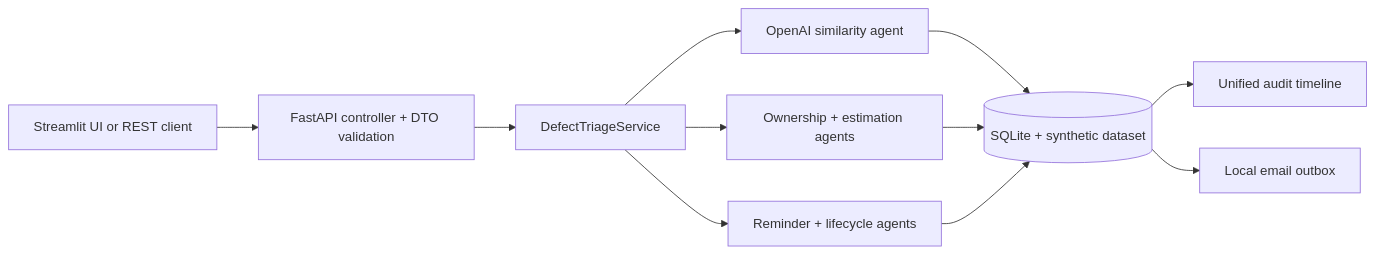
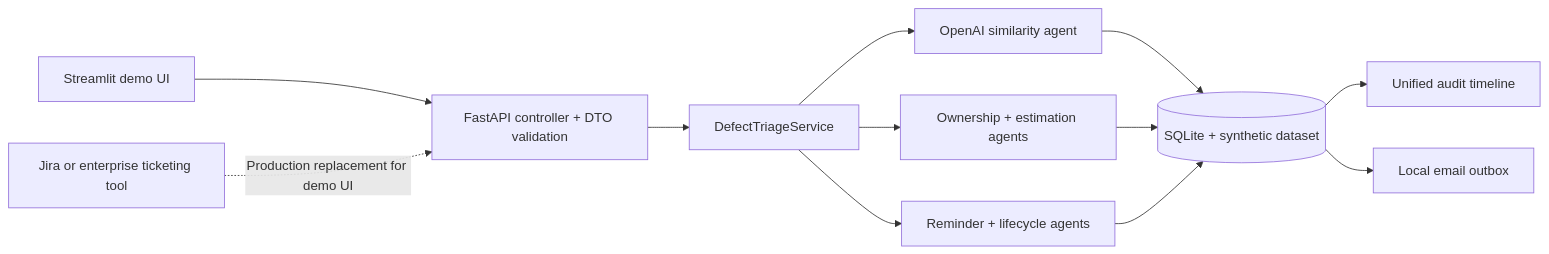
One commit to Manokar-Cognizant/Defect-Triage-Assistant changed the second of 2 diagrams in ARCHITECTURE.md. Above: the diagram before and after it, drawn with Mermaid. The commit also changed other lines of this file and 3 other files, not shown here.

Commit message:
Document production ticketing integration path

````diff
--- a/ARCHITECTURE.md
+++ b/ARCHITECTURE.md
@@ -16,13 +16,14 @@
 ```mermaid
 flowchart LR
-  U[Streamlit UI or REST client] --> C[FastAPI controller + DTO validation]
+  U[Streamlit demo UI] --> C[FastAPI controller + DTO validation]
+  P[Jira or enterprise ticketing tool] -. Production replacement for demo UI .-> C
   C --> S[DefectTriageService]
   S --> L[OpenAI similarity agent]
   S --> O[Ownership + estimation agents]
   S --> R[Reminder + lifecycle agents]
   L --> DB[(SQLite + synthetic dataset)]
   O --> DB
   R --> DB
   DB --> T[Unified audit timeline]
   DB --> E[Local email outbox]
 ```
````
